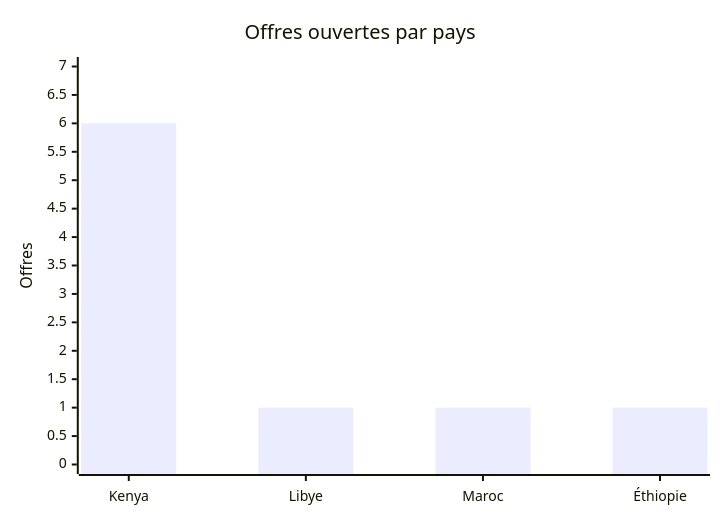
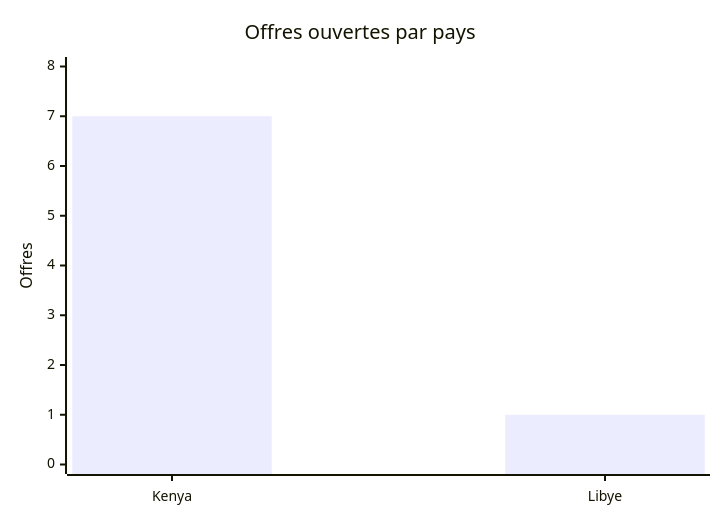
One commit to Abusooma/offres-tech-africa changed the first of 3 diagrams in README.md. Above: the diagram before and after it, drawn with Mermaid. The commit also changed other lines of this file and 2 other files, not shown here.

````diff
--- a/README.md
+++ b/README.md
@@ -77,7 +58,7 @@
 ```mermaid
 xychart-beta
     title "Offres ouvertes par pays"
-    x-axis ["Kenya", "Libye", "Maroc", "Éthiopie"]
-    y-axis "Offres" 0 --> 7
-    bar [6, 1, 1, 1]
+    x-axis ["Kenya", "Libye"]
+    y-axis "Offres" 0 --> 8
+    bar [7, 1]
 ```
````
